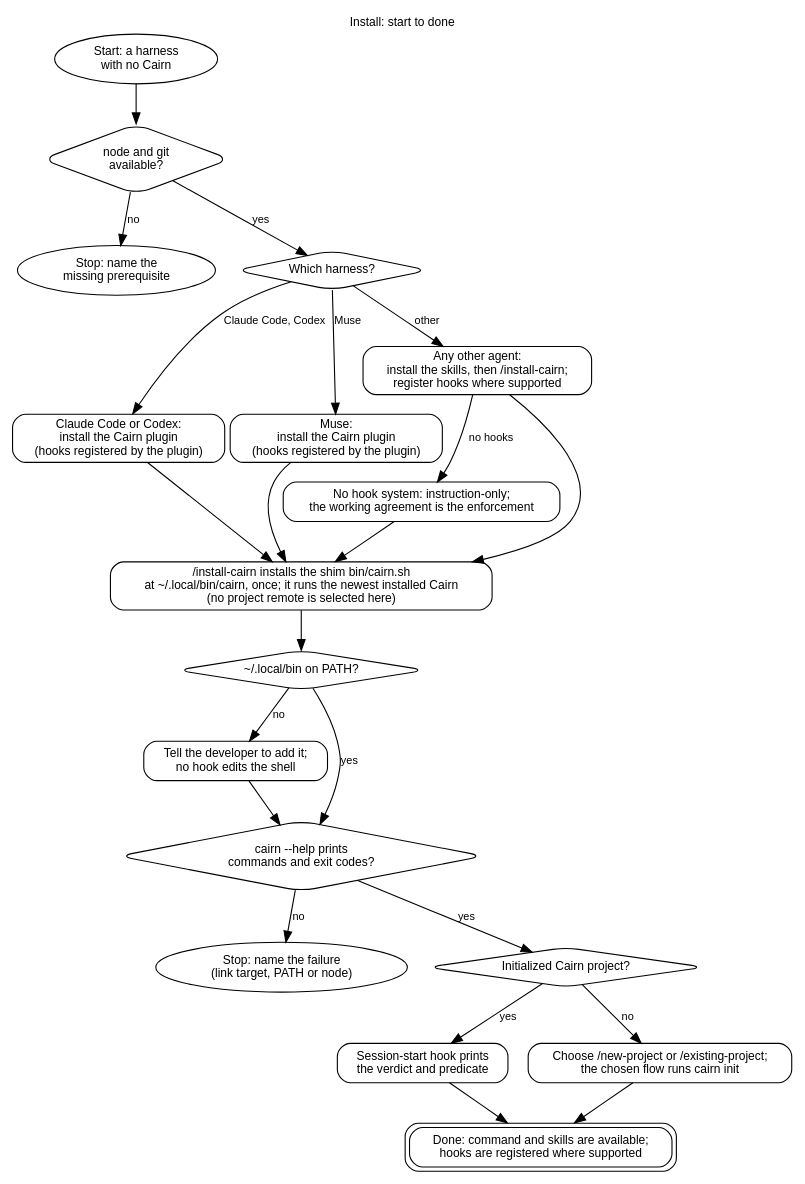
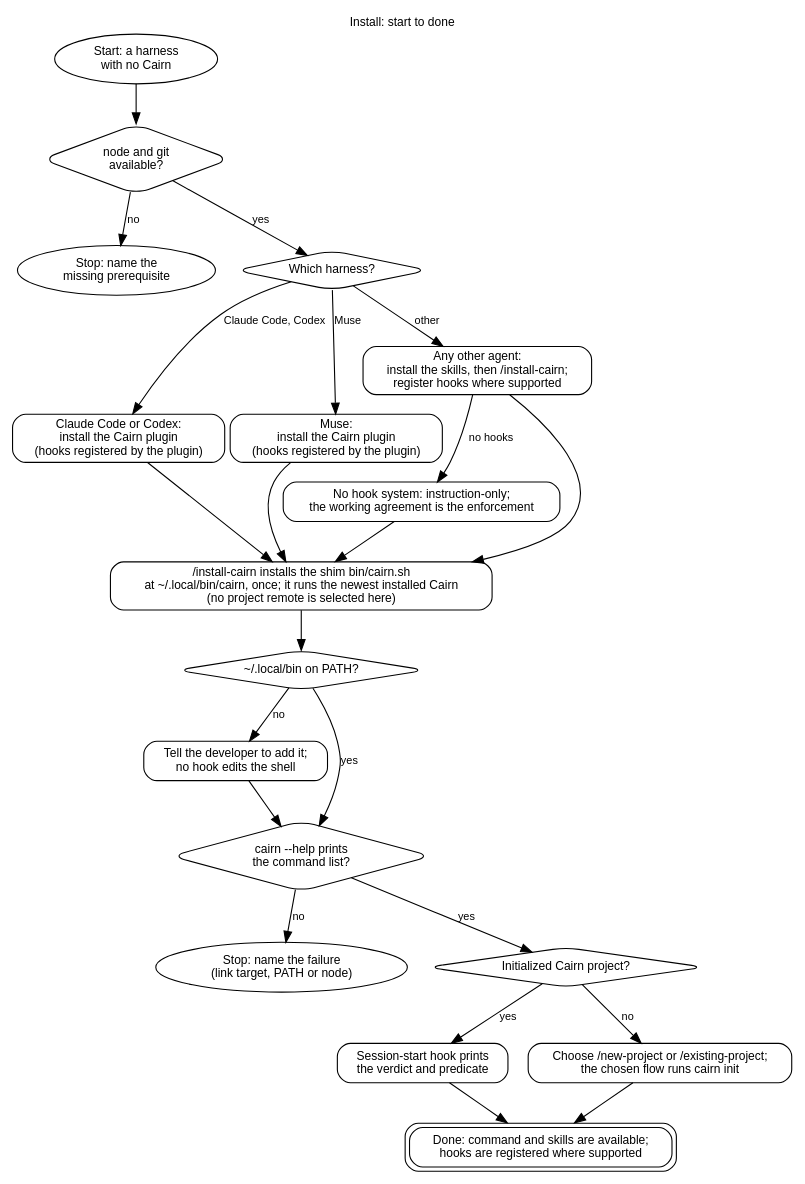
The diagram in docs/diagrams/install.dot (eas4ai/cairn), drawn with Graphviz before and after one commit. The commit also changed 23 other files, not shown here.

```diff
--- a/docs/diagrams/install.dot
+++ b/docs/diagrams/install.dot
@@ -1,43 +1,43 @@
 // Install: global harness setup. Project policy is initialized by an entry skill.
 digraph install {
   rankdir=TB;
   graph [fontname="Helvetica", fontsize=11, labelloc=t, label="Install: start to done"];
   node  [shape=box, style=rounded, fontname="Helvetica", fontsize=11];
   edge  [fontname="Helvetica", fontsize=10];
 
   start [shape=oval, label="Start: a harness\nwith no Cairn"];
   prereq [shape=diamond, label="node and git\navailable?"];
   missing [shape=oval, label="Stop: name the\nmissing prerequisite"];
   harness [shape=diamond, label="Which harness?"];
   cc [label="Claude Code or Codex:\ninstall the Cairn plugin\n(hooks registered by the plugin)"];
   muse [label="Muse:\ninstall the Cairn plugin\n(hooks registered by the plugin)"];
   other [label="Any other agent:\ninstall the skills, then /install-cairn;\nregister hooks where supported"];
   nohooks [label="No hook system: instruction-only;\nthe working agreement is the enforcement"];
   link [label="/install-cairn installs the shim bin/cairn.sh\nat ~/.local/bin/cairn, once; it runs the newest installed Cairn\n(no project remote is selected here)"];
   path [shape=diamond, label="~/.local/bin on PATH?"];
   addpath [label="Tell the developer to add it;\nno hook edits the shell"];
-  help [shape=diamond, label="cairn --help prints\ncommands and exit codes?"];
+  help [shape=diamond, label="cairn --help prints\nthe command list?"];
   broken [shape=oval, label="Stop: name the failure\n(link target, PATH or node)"];
   project [shape=diamond, label="Initialized Cairn project?"];
   wake [label="Session-start hook prints\nthe verdict and predicate"];
   choose [label="Choose /new-project or /existing-project;\nthe chosen flow runs cairn init"];
   done [shape=box, peripheries=2, label="Done: command and skills are available;\nhooks are registered where supported"];
 
   start -> prereq;
   prereq -> missing [label="no"];
   prereq -> harness [label="yes"];
   harness -> cc [label="Claude Code, Codex"];
   harness -> muse [label="Muse"];
   harness -> other [label="other"];
   other -> nohooks [label="no hooks"];
   cc -> link; muse -> link; other -> link; nohooks -> link;
   link -> path;
   path -> addpath [label="no"];
   path -> help [label="yes"];
   addpath -> help;
   help -> broken [label="no"];
   help -> project [label="yes"];
   project -> wake [label="yes"];
   project -> choose [label="no"];
   wake -> done; choose -> done;
 }
```
